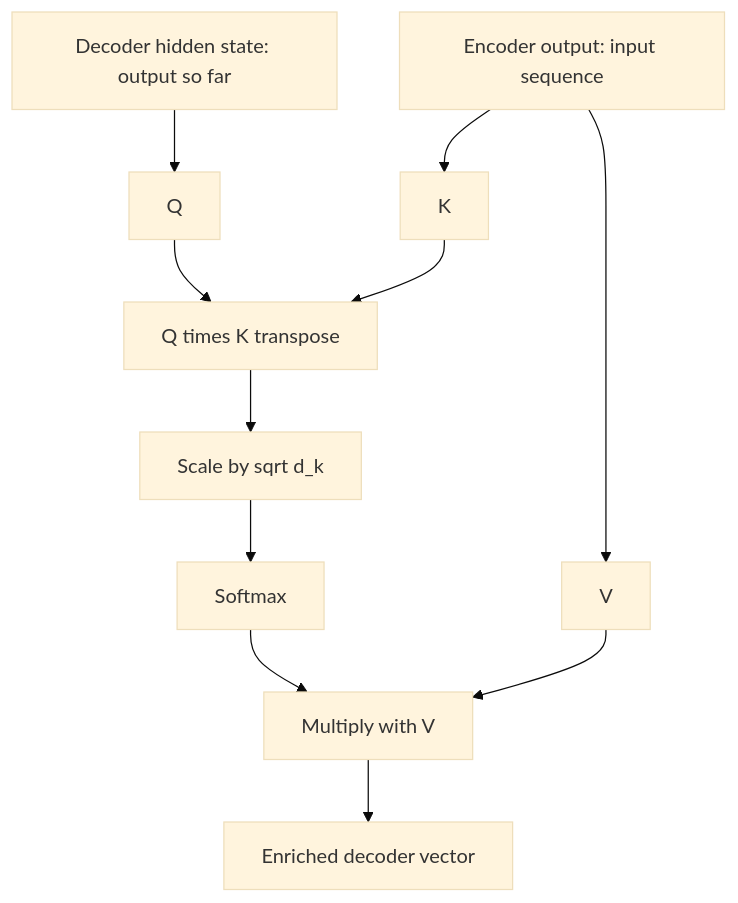
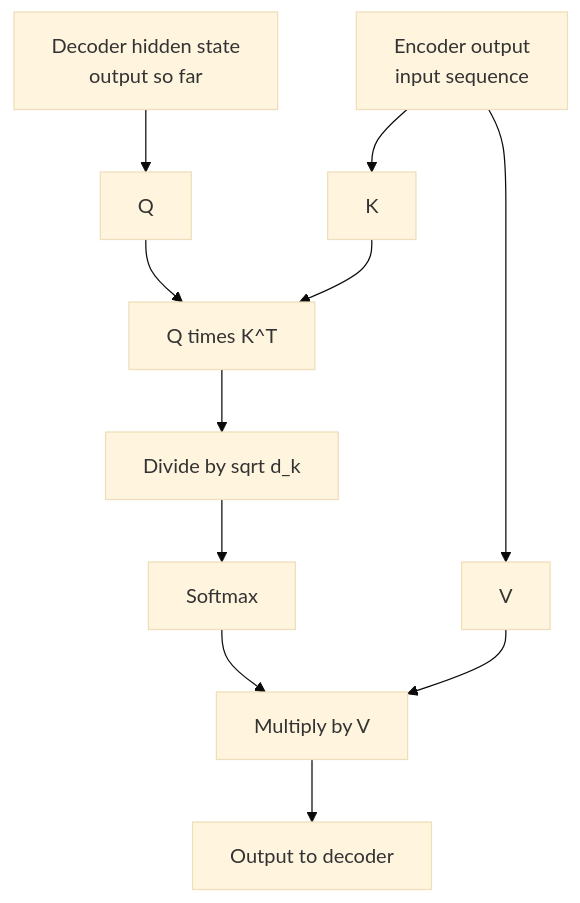
Before and after one commit to kaisarnajar/outcome-school-blogs: the first of 2 diagrams in notes/step-03-generative-ai-and-the-transformer-architecture/059-cross-attention-in-transformers.md, drawn with Mermaid (base theme). The commit also changed other lines of this file and 233 other files, not shown here.

````diff
--- a/notes/step-03-generative-ai-and-the-transformer-architecture/059-cross-attention-in-transformers.md
+++ b/notes/step-03-generative-ai-and-the-transformer-architecture/059-cross-attention-in-transformers.md
@@ -43,13 +70,13 @@
 ```mermaid
 flowchart TD
-    E["Encoder output: input sequence"] --> K["K"]
-    E --> V["V"]
-    D["Decoder hidden state: output so far"] --> Q["Q"]
-    Q --> S["Q times K transpose"]
-    K --> S
-    S --> SC["Scale by sqrt d_k"]
-    SC --> SM["Softmax"]
-    SM --> M["Multiply with V"]
-    V --> M
-    M --> O["Enriched decoder vector"]
+    E1["Encoder output<br/>input sequence"] --> K1["K"]
+    E1 --> V1["V"]
+    D1["Decoder hidden state<br/>output so far"] --> Q1["Q"]
+    Q1 --> S1["Q times K^T"]
+    K1 --> S1
+    S1 --> S2["Divide by sqrt d_k"]
+    S2 --> S3["Softmax"]
+    S3 --> M1["Multiply by V"]
+    V1 --> M1
+    M1 --> O1["Output to decoder"]
 ```
````
